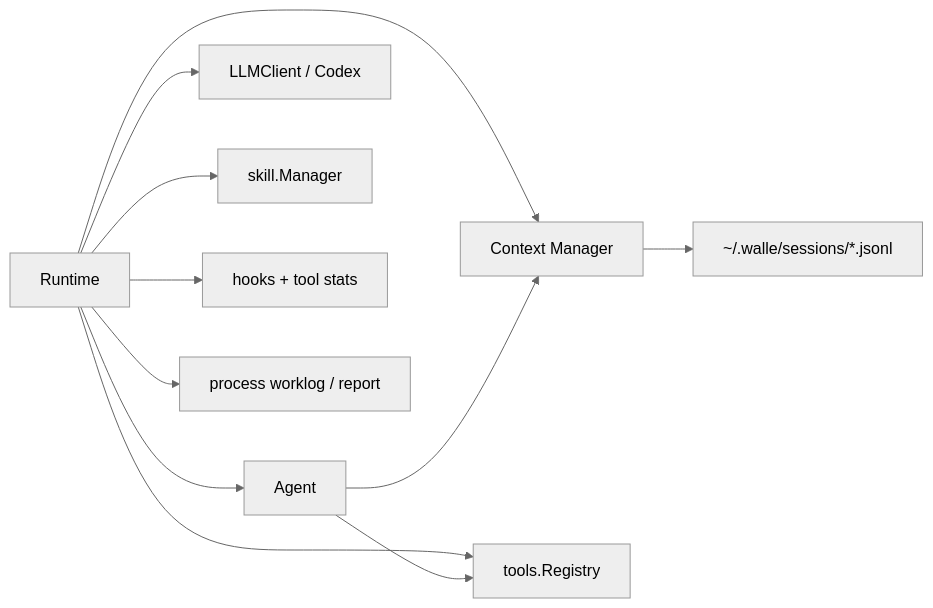
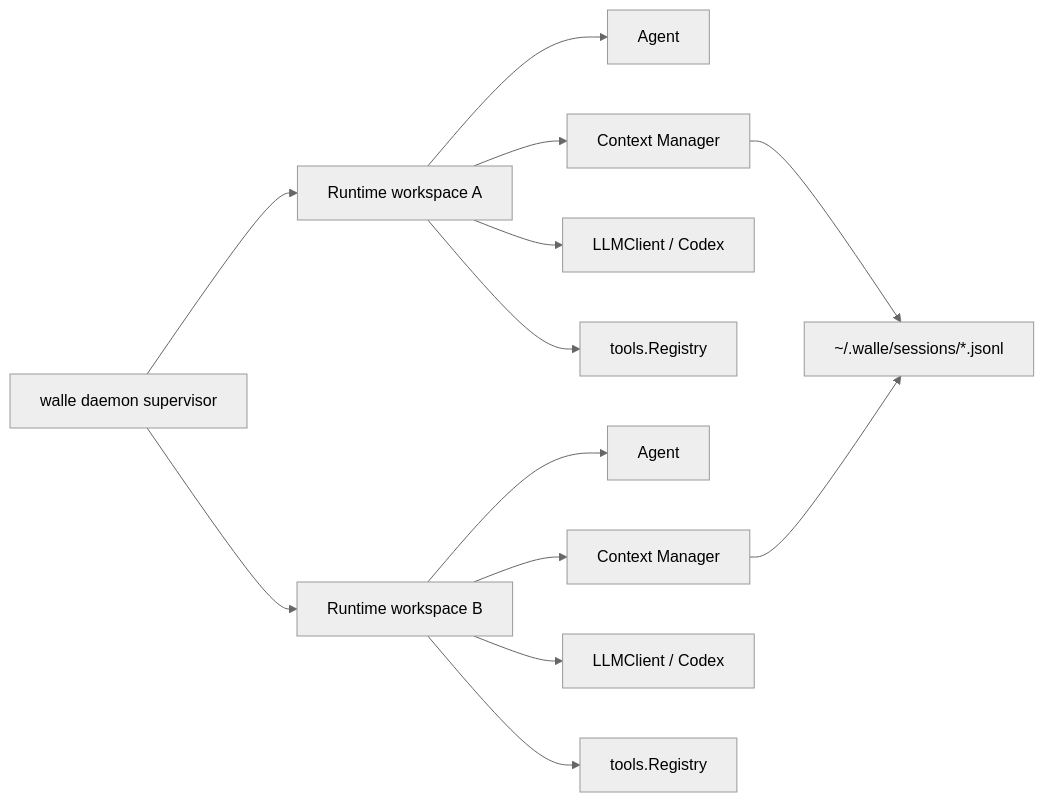
The diagram in .spec/runtime.md (Ozqi/5hAgent), drawn with Mermaid (neutral theme) before and after one commit. The commit also changed other lines of this file and 43 other files, not shown here.

Commit message:
refactor(runtime): rename supervisor to agentd

````diff
--- a/.spec/runtime.md
+++ b/.spec/runtime.md
@@ -10,14 +12,16 @@
 ```mermaid
 flowchart LR
-  Runtime[Runtime]
-  Runtime --> Agent[Agent]
-  Runtime --> Context[Context Manager]
-  Runtime --> LLM[LLMClient / Codex]
-  Runtime --> Tools[tools.Registry]
-  Runtime --> Skills[skill.Manager]
-  Runtime --> Hooks[hooks + tool stats]
-  Runtime --> Worklog[process worklog / report]
-  Agent --> Context
-  Agent --> Tools
-  Context --> Store[~/.walle/sessions/*.jsonl]
+  Daemon[walle daemon supervisor]
+  Daemon --> R1[Runtime workspace A]
+  Daemon --> R2[Runtime workspace B]
+  R1 --> A1[Agent]
+  R1 --> C1[Context Manager]
+  R1 --> L1[LLMClient / Codex]
+  R1 --> T1[tools.Registry]
+  R2 --> A2[Agent]
+  R2 --> C2[Context Manager]
+  R2 --> L2[LLMClient / Codex]
+  R2 --> T2[tools.Registry]
+  C1 --> Store[~/.walle/sessions/*.jsonl]
+  C2 --> Store
 ```
````
